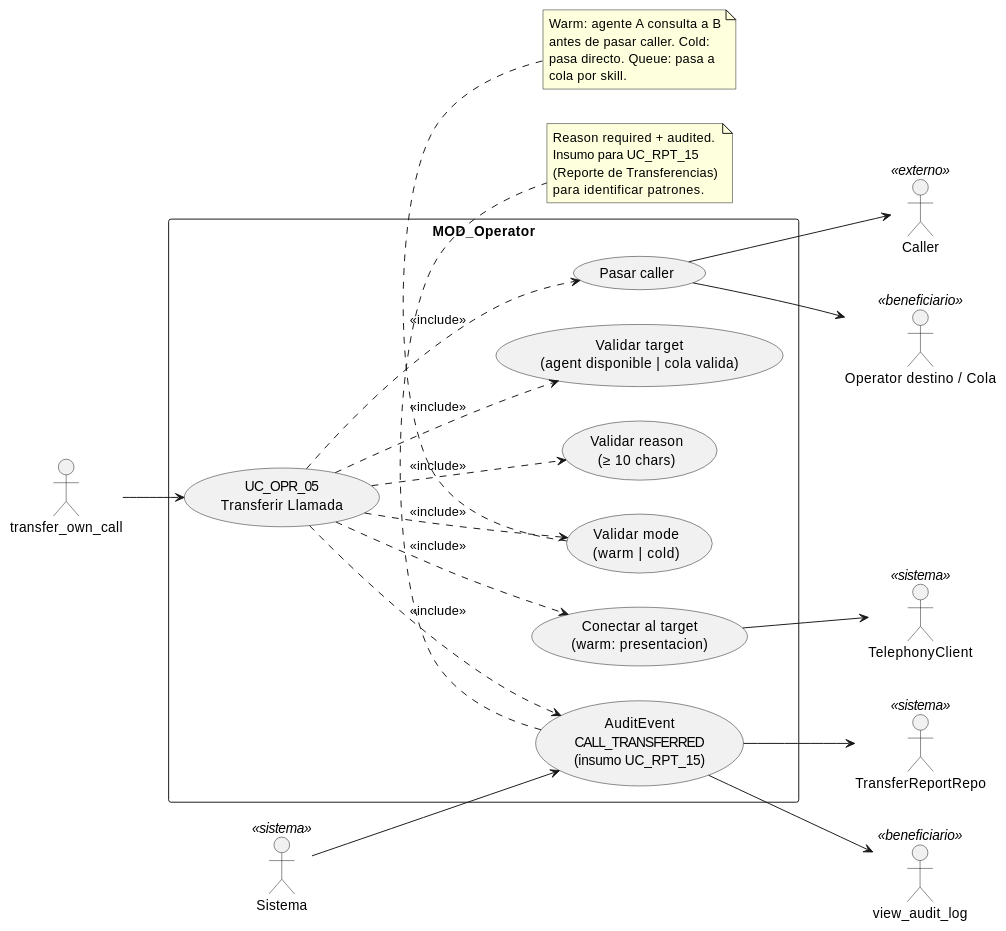
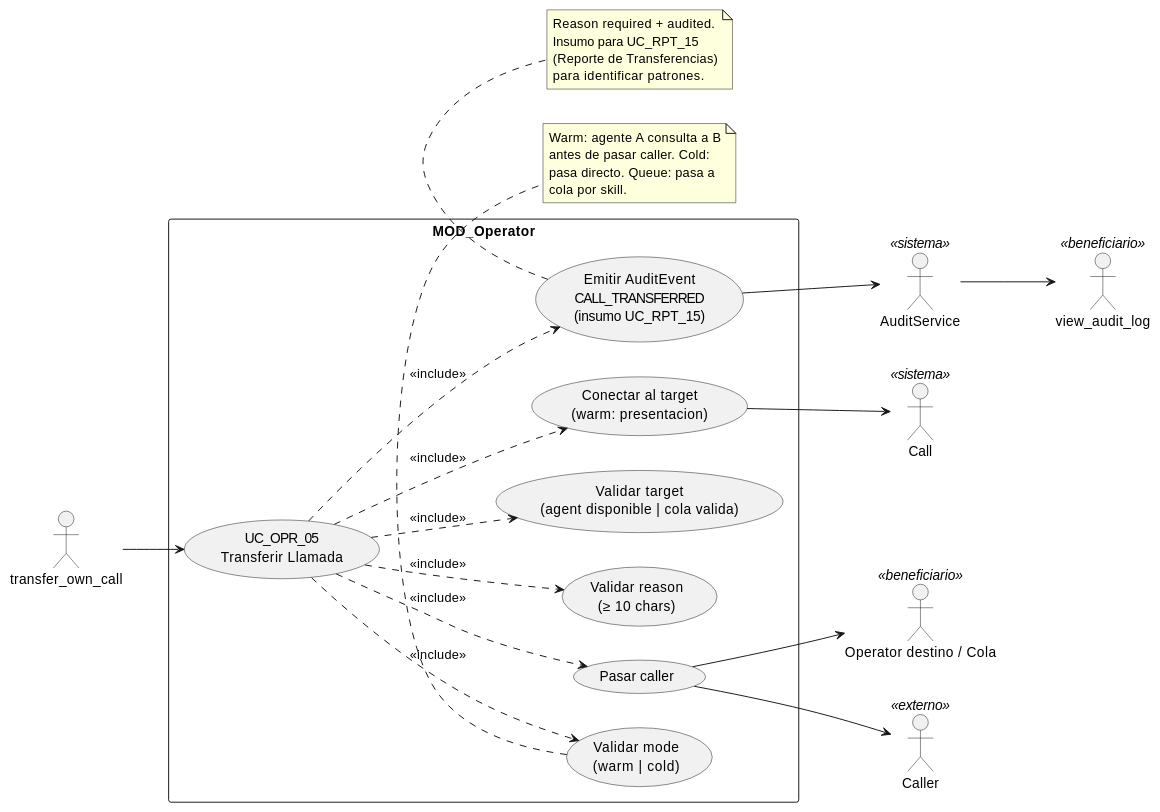
One commit to jcg-admin/IACT-docs changed the diagram in source/requisitos/casos-uso/operator/uc-opr-05/diagramas-uml/diagrama-de-caso-de-uso.rst. Above: the diagram before and after it, drawn with PlantUML. The commit also changed other lines of this file and 52 other files, not shown here.

```diff
--- a/source/requisitos/casos-uso/operator/uc-opr-05/diagramas-uml/diagrama-de-caso-de-uso.rst
+++ b/source/requisitos/casos-uso/operator/uc-opr-05/diagramas-uml/diagrama-de-caso-de-uso.rst
@@ -4,55 +4,53 @@
 .. uml::
  :caption: UC_OPR_05 — actores y casos asociados
 
  @startuml
 
  left to right direction
 
  actor "transfer_own_call" as INVOKER
  actor "Operator destino / Cola" as TARGET <<beneficiario>>
  actor "Caller" as CALLER <<externo>>
- actor "TelephonyClient" as CHANNEL <<sistema>>
- actor "TransferReportRepo" as REPO <<sistema>>
+ actor "Call" as CALL <<sistema>>
+ actor "AuditService" as AS <<sistema>>
  actor "view_audit_log" as view_audit_log <<beneficiario>>
- actor "Sistema" as Sistema <<sistema>>
 
  rectangle "MOD_Operator" {
    usecase "UC_OPR_05\nTransferir Llamada" as UC_OPR_05
    usecase "Validar reason\n(≥ 10 chars)" as VALIDAR_REASON
    usecase "Validar target\n(agent disponible | cola valida)" as VALIDAR_TARGET
    usecase "Validar mode\n(warm | cold)" as VALIDAR_MODE
    usecase "Conectar al target\n(warm: presentacion)" as CONECTAR
    usecase "Pasar caller" as PASAR
-   usecase "AuditEvent\nCALL_TRANSFERRED\n(insumo UC_RPT_15)" as AUDIT
+   usecase "Emitir AuditEvent\nCALL_TRANSFERRED\n(insumo UC_RPT_15)" as AUDIT
  }
 
  INVOKER --> UC_OPR_05
  UC_OPR_05 ..> VALIDAR_REASON : <<include>>
  UC_OPR_05 ..> VALIDAR_TARGET : <<include>>
  UC_OPR_05 ..> VALIDAR_MODE : <<include>>
  UC_OPR_05 ..> CONECTAR : <<include>>
  UC_OPR_05 ..> PASAR : <<include>>
  UC_OPR_05 ..> AUDIT : <<include>>
 
- CONECTAR --> CHANNEL
+ CONECTAR --> CALL
  PASAR --> TARGET
  PASAR --> CALLER
- AUDIT --> REPO
- Sistema --> AUDIT
- AUDIT --> view_audit_log
+ AUDIT --> AS
+ AS --> view_audit_log
 
  note bottom of VALIDAR_MODE
    Warm: agente A consulta a B
    antes de pasar caller. Cold:
    pasa directo. Queue: pasa a
    cola por skill.
  end note
 
  note bottom of AUDIT
    Reason required + audited.
    Insumo para UC_RPT_15
    (Reporte de Transferencias)
    para identificar patrones.
  end note
 
  @enduml
```
